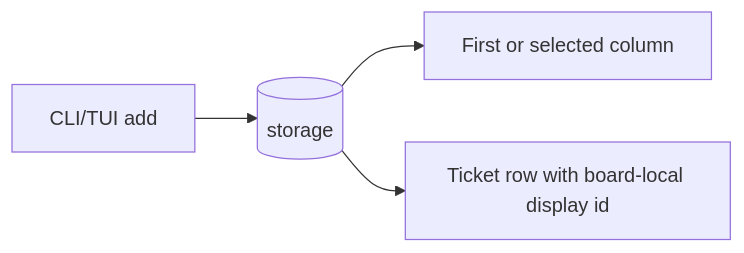
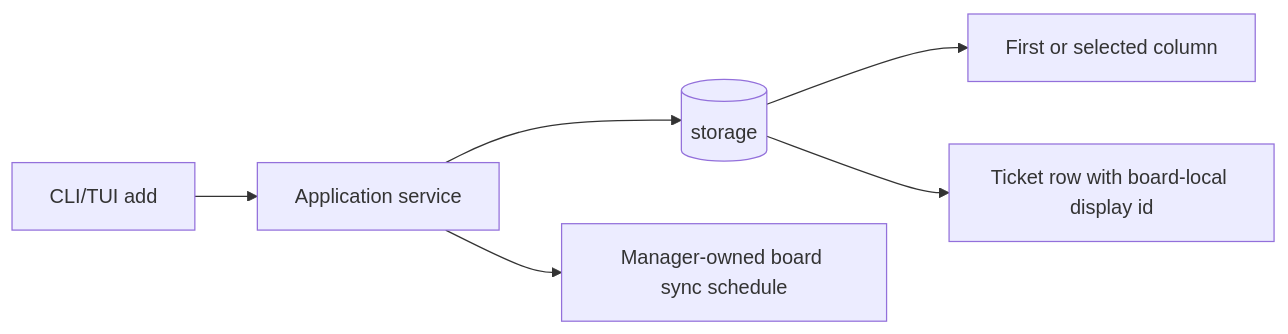
Before and after one commit to carlotran4/kanbi: the third of 5 diagrams in docs/architecture.md, drawn with Mermaid. The commit also changed other lines of this file and 5 other files, not shown here.

Commit message:
Route CLI ticket mutations through app service

````diff
--- a/docs/architecture.md
+++ b/docs/architecture.md
@@ -163,6 +163,8 @@
 ```mermaid
 flowchart LR
-    CLIorTUI[CLI/TUI add] --> Store[(storage)]
+    CLIorTUI[CLI/TUI add] --> App[Application service]
+    App --> Store[(storage)]
     Store --> Column[First or selected column]
     Store --> Ticket[Ticket row with board-local display id]
+    App --> Sync[Manager-owned board sync schedule]
 ```
````
